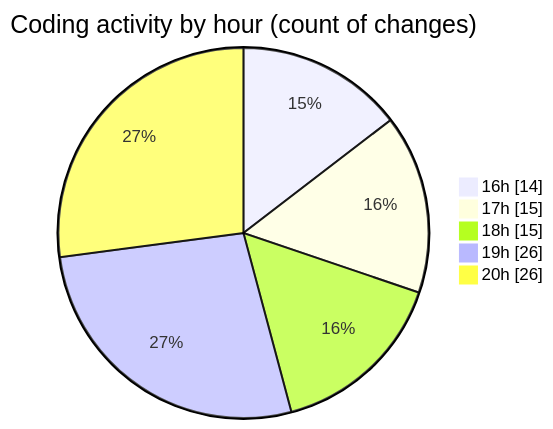
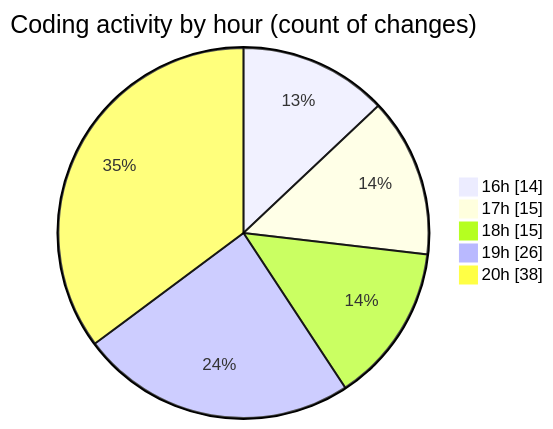
Before and after one commit to Elitesun/code-tracking: the second of 2 diagrams in 2025-01-31/flask/README.md, drawn with Mermaid. The commit also changed other lines of this file and 1 other file, not shown here.

````diff
--- a/2025-01-31/flask/README.md
+++ b/2025-01-31/flask/README.md
@@ -38,9 +38,9 @@
 ```mermaid
 pie showData
 title Coding activity by hour (count of changes)
 "16h" : 14
 "17h" : 15
 "18h" : 15
 "19h" : 26
-"20h" : 26
+"20h" : 38
 ```
````
